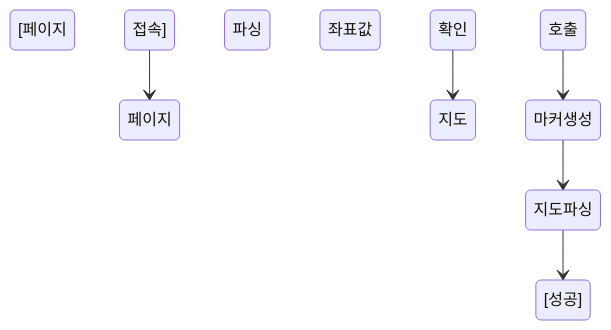
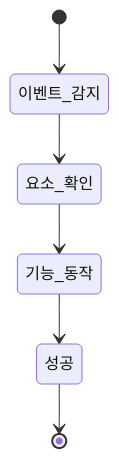
One commit to afteryoon/fornt_figma changed the third of 3 diagrams in README.md. Above: the diagram before and after it, drawn with Mermaid. The commit also changed other lines of this file, not shown here.

````diff
--- a/README.md
+++ b/README.md
@@ -33,8 +42,8 @@
   ```mermaid
 		stateDiagram-v2
-	    [페이지 접속] --> 페이지 파싱
-	    좌표값 확인 --> 지도 호출
-	    지도 호출 --> 마커생성
-	    마커생성 --> 지도파싱
-	    지도파싱 --> [성공]
+      [*]  --> 이벤트_감지
+	    이벤트_감지 --> 요소_확인
+	    요소_확인 --> 기능_동작
+	    기능_동작 --> 성공
+	    성공 --> [*]
 ```
````
